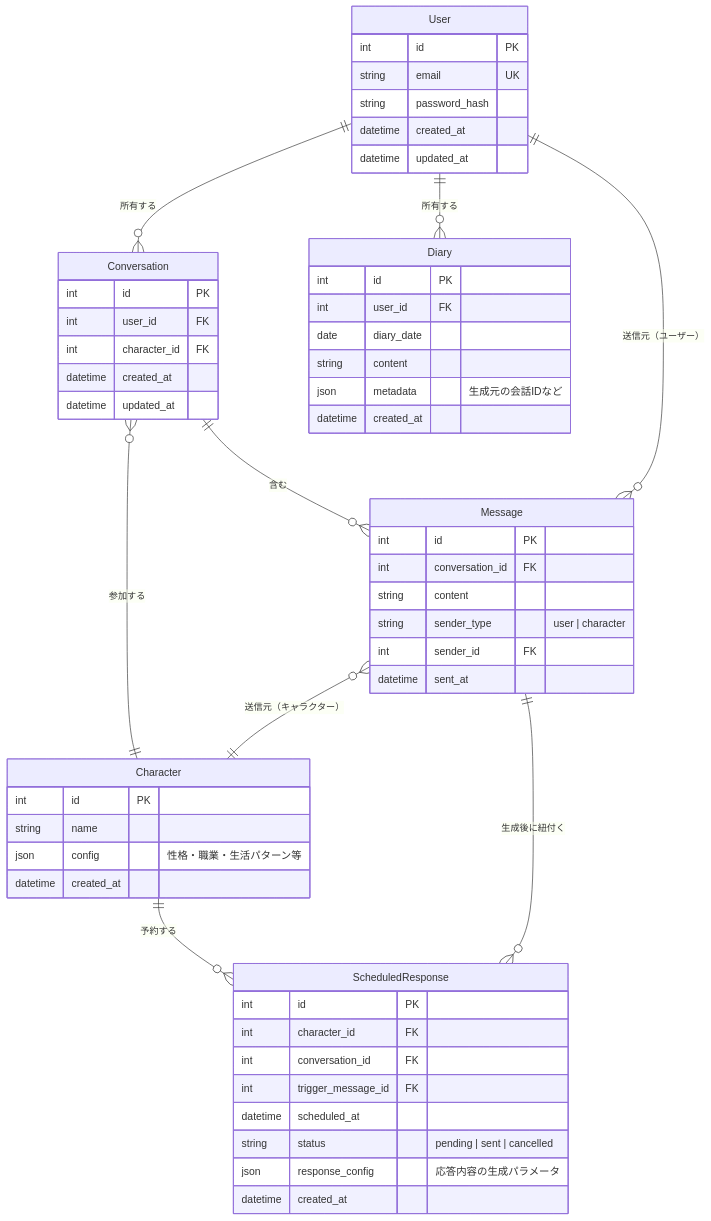
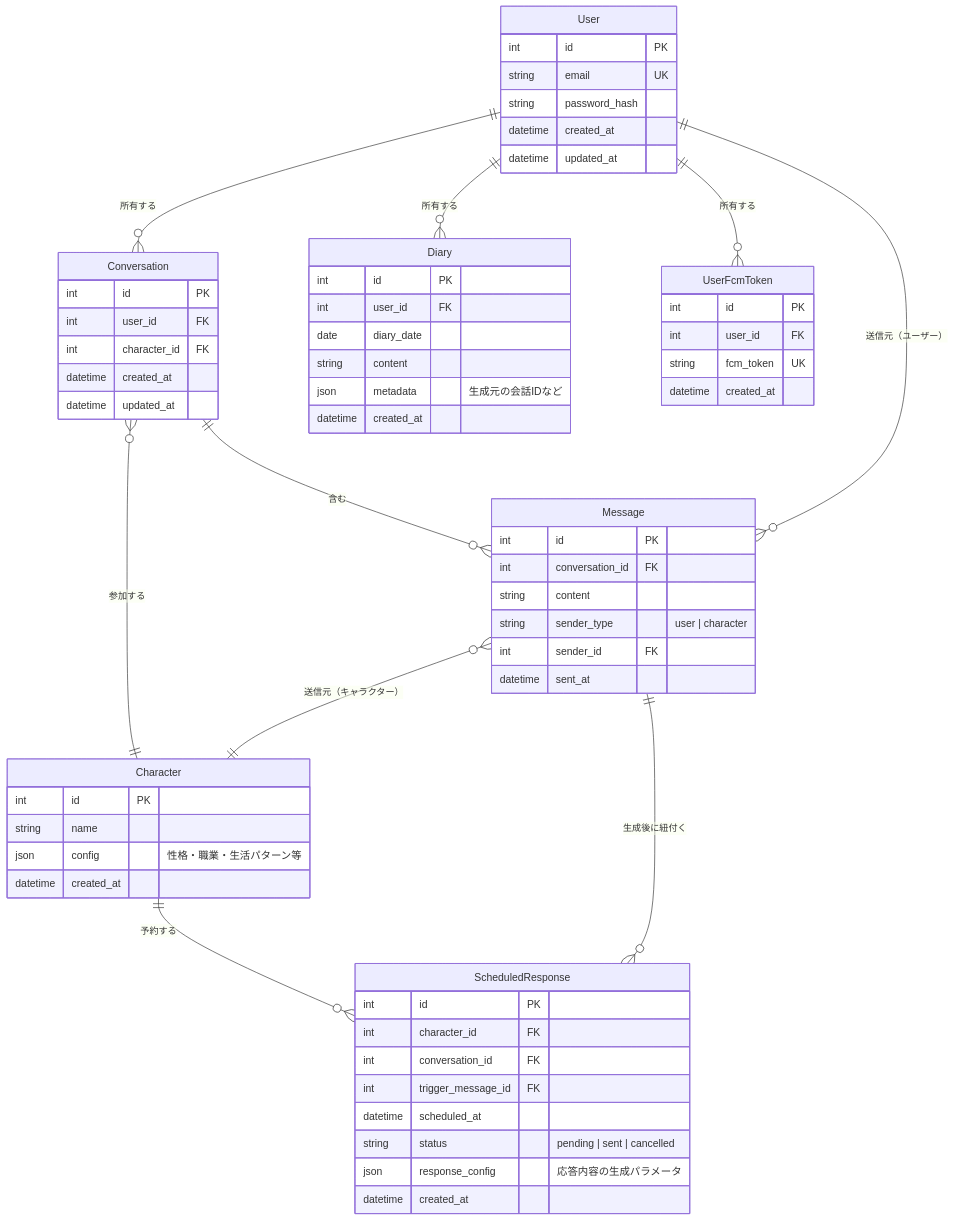
The second of 2 diagrams in docs/basic-design.md (ymtdir/llm-chat-sandbox), drawn with Mermaid before and after one commit. The commit also changed other lines of this file and 1 other file, not shown here.

Commit message:
feat: FCMトークン管理のためのUserFcmTokenエンティティを追加

````diff
--- a/docs/basic-design.md
+++ b/docs/basic-design.md
@@ -129,63 +129,71 @@
 ```mermaid
 erDiagram
     User ||--o{ Conversation : "所有する"
     User ||--o{ Diary : "所有する"
+    User ||--o{ UserFcmToken : "所有する"
     Conversation ||--o{ Message : "含む"
     Conversation }o--|| Character : "参加する"
     Character ||--o{ ScheduledResponse : "予約する"
     Message }o--|| User : "送信元（ユーザー）"
     Message }o--|| Character : "送信元（キャラクター）"
     ScheduledResponse }o--|| Message : "生成後に紐付く"
 
     User {
         int id PK
         string email UK
         string password_hash
         datetime created_at
         datetime updated_at
+    }
+
+    UserFcmToken {
+        int id PK
+        int user_id FK
+        string fcm_token UK
+        datetime created_at
     }
 
     Character {
         int id PK
         string name
         json config "性格・職業・生活パターン等"
         datetime created_at
     }
 
     Conversation {
         int id PK
         int user_id FK
         int character_id FK
         datetime created_at
         datetime updated_at
     }
 
     Message {
         int id PK
         int conversation_id FK
         string content
         string sender_type "user | character"
         int sender_id FK
         datetime sent_at
     }
 
     ScheduledResponse {
         int id PK
         int character_id FK
         int conversation_id FK
         int trigger_message_id FK
         datetime scheduled_at
         string status "pending | sent | cancelled"
         json response_config "応答内容の生成パラメータ"
         datetime created_at
     }
 
     Diary {
         int id PK
         int user_id FK
         date diary_date
         string content
         json metadata "生成元の会話IDなど"
         datetime created_at
     }
 ```
````
